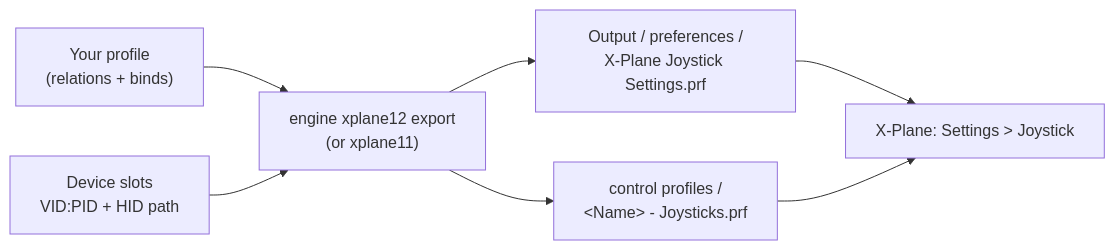
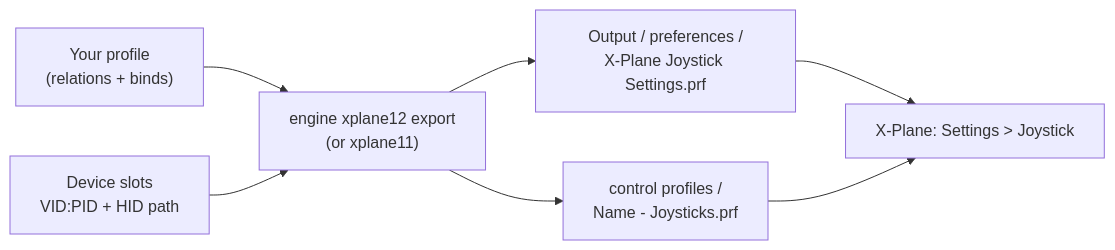
Before and after one commit to Holdi601/JoystickProfiler2: the diagram in website/content/games/xplane.md, drawn with Mermaid. The commit also changed other lines of this file and 718 other files, not shown here.

````diff
--- a/website/content/games/xplane.md
+++ b/website/content/games/xplane.md
@@ -21,9 +145,10 @@
 ```mermaid
+%% caption: Each X-Plane version has its own preferences file. Calibration and the null zone stay X-Plane's.
 flowchart LR
   P["Your profile<br/>(relations + binds)"] --> E["engine xplane12 export<br/>(or xplane11)"]
   D["Device slots<br/>VID:PID + HID path"] --> E
   E --> J["Output / preferences /<br/>X-Plane Joystick Settings.prf"]
-  E --> C["control profiles /<br/>&lt;Name&gt; - Joysticks.prf"]
+  E --> C["control profiles /<br/>Name - Joysticks.prf"]
   J --> G["X-Plane: Settings > Joystick"]
   C --> G
 ```
````
